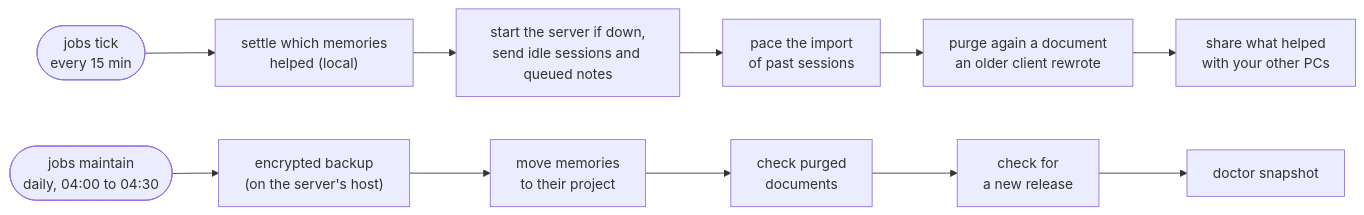
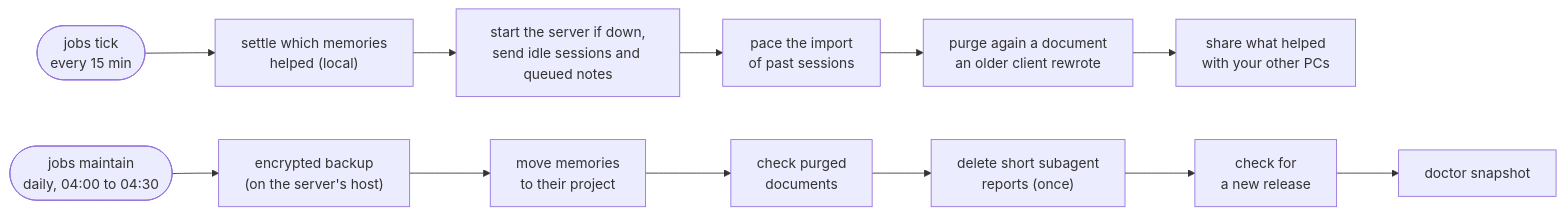
One commit to Barben360/backsight changed the second of 2 diagrams in README.md. Above: the diagram before and after it, drawn with Mermaid. The commit also changed other lines of this file and 23 other files, not shown here.

````diff
--- a/README.md
+++ b/README.md
@@ -126,5 +127,5 @@
 ```mermaid
 flowchart LR
     tick(["jobs tick<br/>every 15 min"]) --> t1["settle which memories<br/>helped (local)"] --> t2["start the server if down,<br/>send idle sessions and queued notes"] --> t3["pace the import<br/>of past sessions"] --> t4["purge again a document<br/>an older client rewrote"] --> t5["share what helped<br/>with your other PCs"]
-    maintain(["jobs maintain<br/>daily, 04:00 to 04:30"]) --> m1["encrypted backup<br/>(on the server's host)"] --> m2["move memories<br/>to their project"] --> m3["check purged<br/>documents"] --> m4["check for<br/>a new release"] --> m5["doctor snapshot"]
+    maintain(["jobs maintain<br/>daily, 04:00 to 04:30"]) --> m1["encrypted backup<br/>(on the server's host)"] --> m2["move memories<br/>to their project"] --> m3["check purged<br/>documents"] --> m3b["delete short subagent<br/>reports (once)"] --> m4["check for<br/>a new release"] --> m5["doctor snapshot"]
 ```
````
